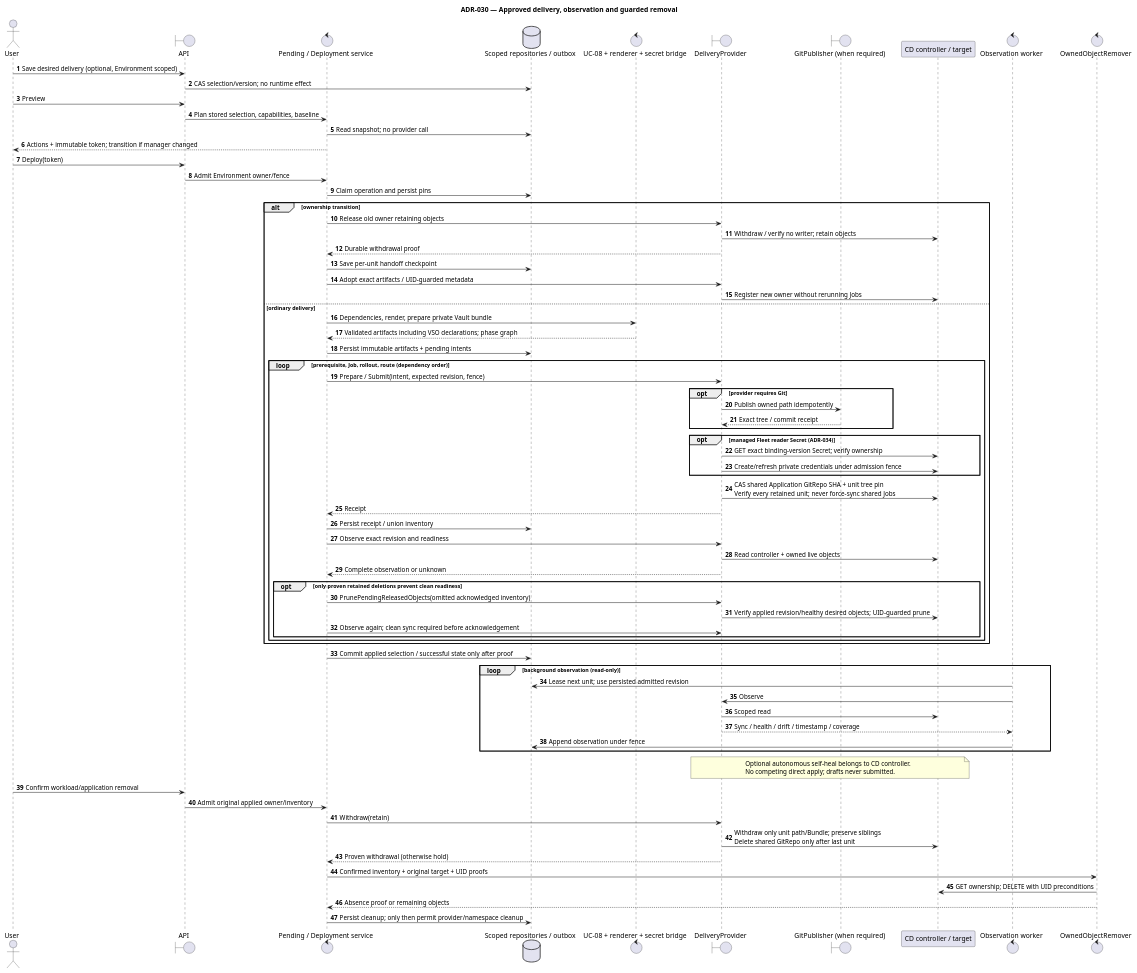
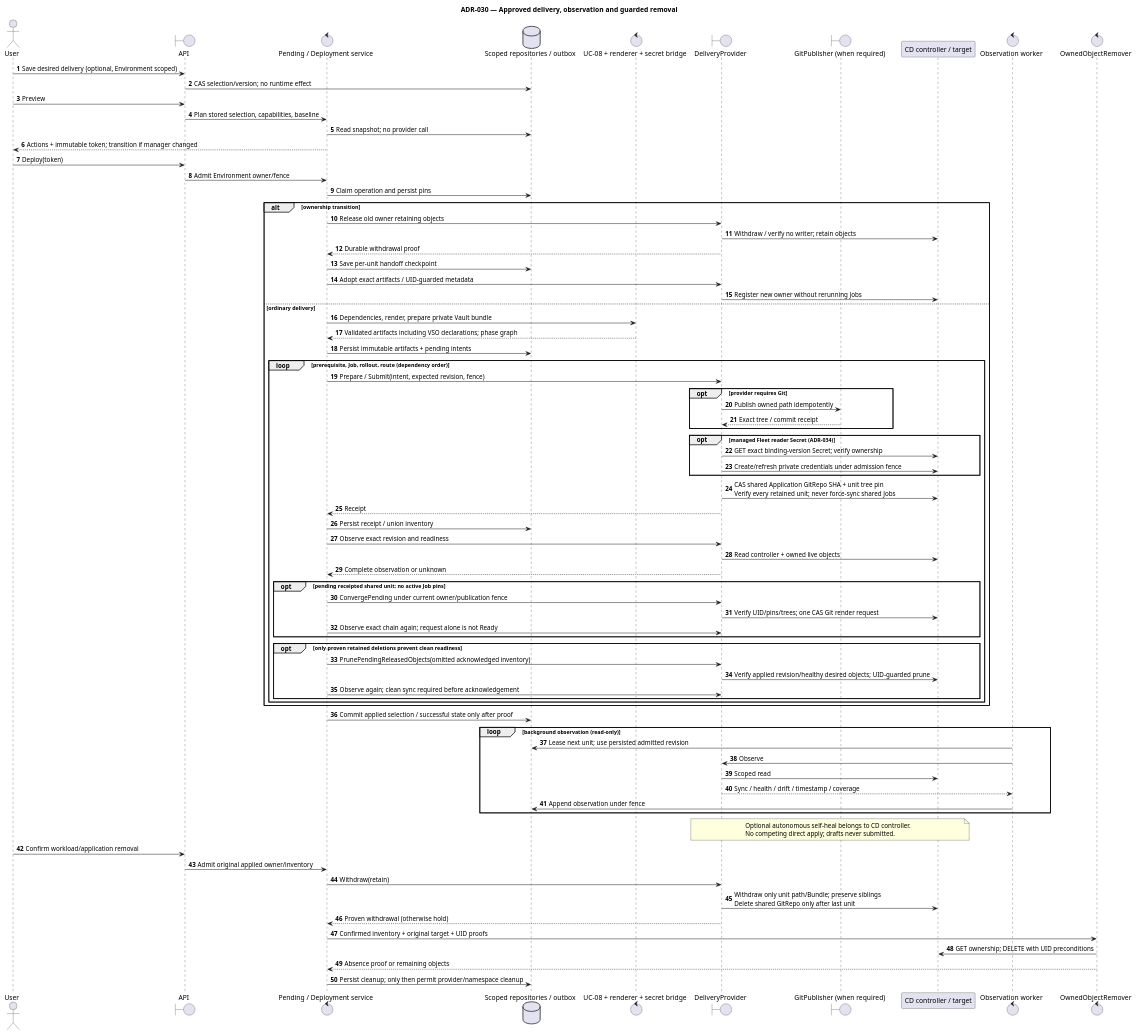
The diagram in orchestrator_docs/architecture/components/delivery-reconciliation-sequence.puml (pr3s3nt/poc), drawn with PlantUML before and after one commit. The commit also changed 18 other files, not shown here.

Commit message:
fix: converge receipted Fleet units under the active owner (Refs #49)

```diff
--- a/orchestrator_docs/architecture/components/delivery-reconciliation-sequence.puml
+++ b/orchestrator_docs/architecture/components/delivery-reconciliation-sequence.puml
@@ -1,78 +1,83 @@
 @startuml
 title ADR-030 — Approved delivery, observation and guarded removal
 autonumber
 actor User
 boundary API
 control "Pending / Deployment service" as Deploy
 database "Scoped repositories / outbox" as DB
 control "UC-08 + renderer + secret bridge" as Prepare
 boundary "DeliveryProvider" as Provider
 boundary "GitPublisher (when required)" as Git
 participant "CD controller / target" as Cluster
 control "Observation worker" as Observe
 control "OwnedObjectRemover" as Remove
 User -> API: Save desired delivery (optional, Environment scoped)
 API -> DB: CAS selection/version; no runtime effect
 User -> API: Preview
 API -> Deploy: Plan stored selection, capabilities, baseline
 Deploy -> DB: Read snapshot; no provider call
 Deploy --> User: Actions + immutable token; transition if manager changed
 User -> API: Deploy(token)
 API -> Deploy: Admit Environment owner/fence
 Deploy -> DB: Claim operation and persist pins
 alt ownership transition
   Deploy -> Provider: Release old owner retaining objects
   Provider -> Cluster: Withdraw / verify no writer; retain objects
   Provider --> Deploy: Durable withdrawal proof
   Deploy -> DB: Save per-unit handoff checkpoint
   Deploy -> Provider: Adopt exact artifacts / UID-guarded metadata
   Provider -> Cluster: Register new owner without rerunning Jobs
 else ordinary delivery
   Deploy -> Prepare: Dependencies, render, prepare private Vault bundle
   Prepare --> Deploy: Validated artifacts including VSO declarations; phase graph
   Deploy -> DB: Persist immutable artifacts + pending intents
   loop prerequisite, Job, rollout, route (dependency order)
     Deploy -> Provider: Prepare / Submit(intent, expected revision, fence)
     opt provider requires Git
       Provider -> Git: Publish owned path idempotently
       Git --> Provider: Exact tree / commit receipt
     end
     opt managed Fleet reader Secret (ADR-034)
       Provider -> Cluster: GET exact binding-version Secret; verify ownership
       Provider -> Cluster: Create/refresh private credentials under admission fence
     end
     Provider -> Cluster: CAS shared Application GitRepo SHA + unit tree pin\nVerify every retained unit; never force-sync shared Jobs
     Provider --> Deploy: Receipt
     Deploy -> DB: Persist receipt / union inventory
     Deploy -> Provider: Observe exact revision and readiness
     Provider -> Cluster: Read controller + owned live objects
     Provider --> Deploy: Complete observation or unknown
+    opt pending receipted shared unit; no active Job pins
+      Deploy -> Provider: ConvergePending under current owner/publication fence
+      Provider -> Cluster: Verify UID/pins/trees; one CAS Git render request
+      Deploy -> Provider: Observe exact chain again; request alone is not Ready
+    end
     opt only proven retained deletions prevent clean readiness
       Deploy -> Provider: PrunePendingReleasedObjects(omitted acknowledged inventory)
       Provider -> Cluster: Verify applied revision/healthy desired objects; UID-guarded prune
       Deploy -> Provider: Observe again; clean sync required before acknowledgement
     end
   end
 end
 Deploy -> DB: Commit applied selection / successful state only after proof
 loop background observation (read-only)
   Observe -> DB: Lease next unit; use persisted admitted revision
   Observe -> Provider: Observe
   Provider -> Cluster: Scoped read
   Provider --> Observe: Sync / health / drift / timestamp / coverage
   Observe -> DB: Append observation under fence
 end
 note over Provider, Cluster
 Optional autonomous self-heal belongs to CD controller.
 No competing direct apply; drafts never submitted.
 end note
 User -> API: Confirm workload/application removal
 API -> Deploy: Admit original applied owner/inventory
 Deploy -> Provider: Withdraw(retain)
 Provider -> Cluster: Withdraw only unit path/Bundle; preserve siblings\nDelete shared GitRepo only after last unit
 Provider --> Deploy: Proven withdrawal (otherwise hold)
 Deploy -> Remove: Confirmed inventory + original target + UID proofs
 Remove -> Cluster: GET ownership; DELETE with UID preconditions
 Remove --> Deploy: Absence proof or remaining objects
 Deploy -> DB: Persist cleanup; only then permit provider/namespace cleanup
 @enduml
```
